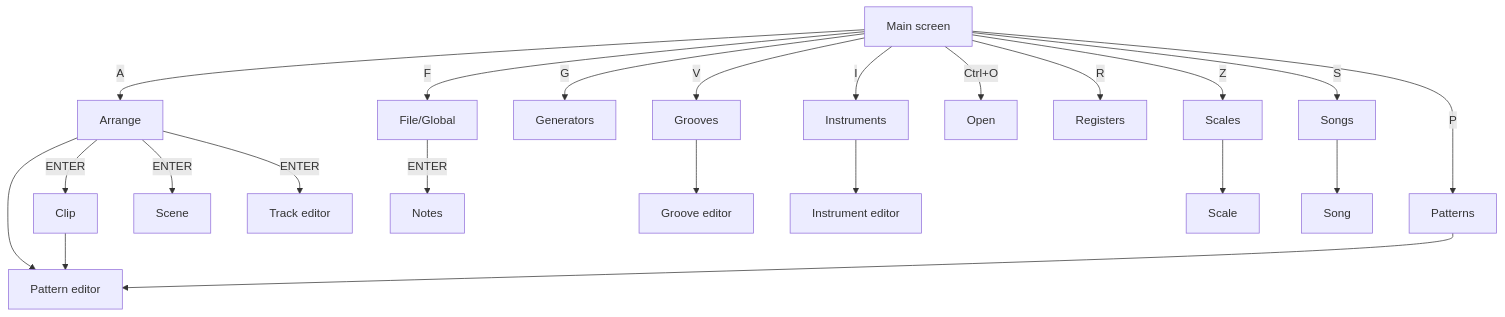
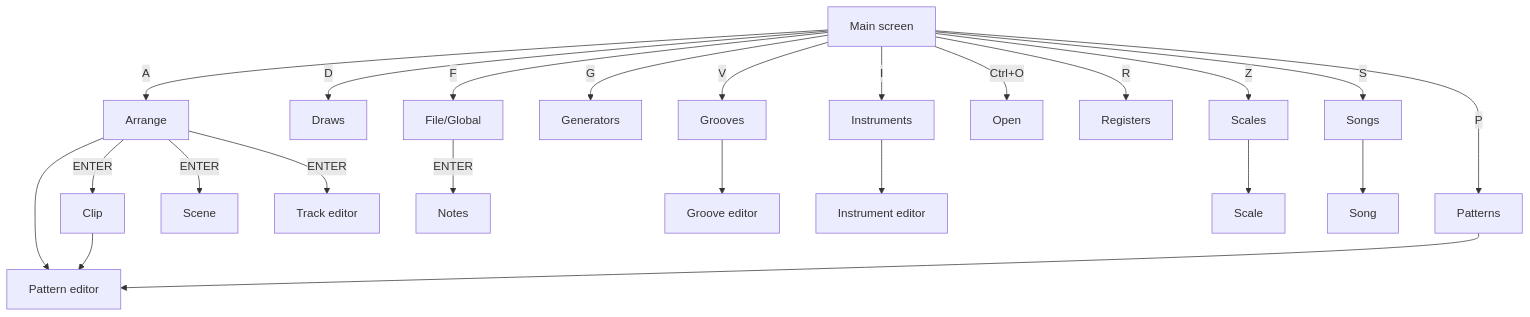
The diagram in docs/GETTING_STARTED.md (mpdehaan/llamatron), drawn with Mermaid before and after one commit. The commit also changed 40 other files, not shown here.

````diff
--- a/docs/GETTING_STARTED.md
+++ b/docs/GETTING_STARTED.md
@@ -91,44 +91,46 @@
 ```mermaid
 flowchart TD
     MainPage["Main screen"]
     ArrangePage["Arrange"]
+    DrawsPage["Draws"]
     FilePage["File/Global"]
     GeneratorsPage["Generators"]
     GroovesPage["Grooves"]
     InstrumentsPage["Instruments"]
     OpenPage["Open"]
     PatternsPage["Patterns"]
     RegistersPage["Registers"]
     ScalesPage["Scales"]
     SongsPage["Songs"]
     ClipPage["Clip"]
     PatternEditor["Pattern editor"]
     ScenePage["Scene"]
     TrackEditor["Track editor"]
     NotesPage["Notes"]
     GrooveEditor["Groove editor"]
     InstrumentEditor["Instrument editor"]
     ScalePage["Scale"]
     SongPage["Song"]
     ArrangePage -- "ENTER" --> ClipPage
     ArrangePage --> PatternEditor
     ArrangePage -- "ENTER" --> ScenePage
     ArrangePage -- "ENTER" --> TrackEditor
     ClipPage --> PatternEditor
     FilePage -- "ENTER" --> NotesPage
     GroovesPage --> GrooveEditor
     InstrumentsPage --> InstrumentEditor
     MainPage -- "A" --> ArrangePage
+    MainPage -- "D" --> DrawsPage
     MainPage -- "F" --> FilePage
     MainPage -- "G" --> GeneratorsPage
     MainPage -- "V" --> GroovesPage
     MainPage -- "I" --> InstrumentsPage
     MainPage -- "Ctrl+O" --> OpenPage
     MainPage -- "P" --> PatternsPage
     MainPage -- "R" --> RegistersPage
     MainPage -- "Z" --> ScalesPage
     MainPage -- "S" --> SongsPage
     PatternsPage --> PatternEditor
     ScalesPage --> ScalePage
     SongsPage --> SongPage
 ```
````
